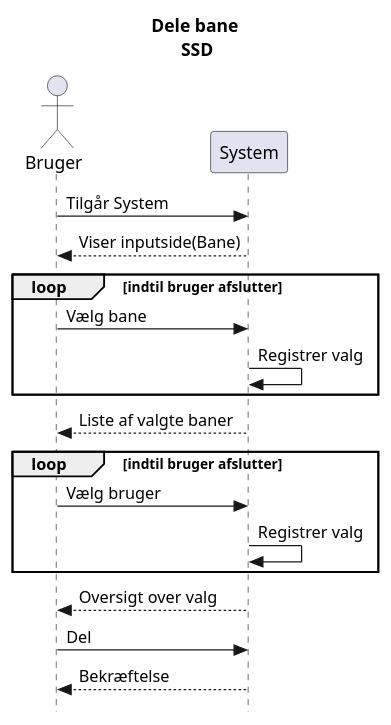
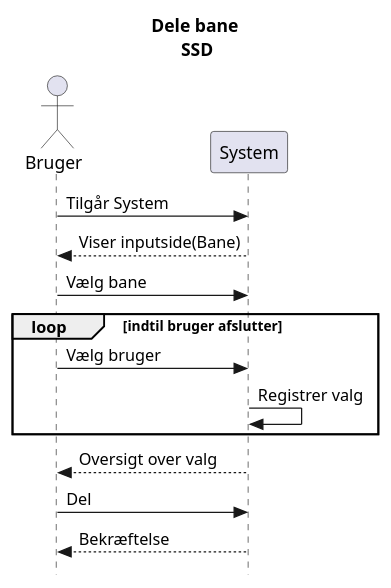
Before and after one commit to Team-1-ucl/Team1_Projekt: the diagram in Dokumentation/Scenarier/Baner/Logical View/SSD/DeleBane.wsd, drawn with PlantUML. The commit also changed 2 other files, not shown here.

```diff
--- a/Dokumentation/Scenarier/Baner/Logical View/SSD/DeleBane.wsd
+++ b/Dokumentation/Scenarier/Baner/Logical View/SSD/DeleBane.wsd
@@ -1,20 +1,16 @@
-@startuml Dele Bane
+@startuml Dele Bane (Brief)
 title Dele bane\n SSD
 skinparam style strictuml
 actor Bruger
 Bruger -> System: Tilgår System
 System --> Bruger: Viser inputside(Bane)
-loop indtil bruger afslutter
 Bruger ->System: Vælg bane
-System->System:Registrer valg
-end
-System-->Bruger:Liste af valgte baner
 loop indtil bruger afslutter 
 Bruger -> System: Vælg bruger
 System->System:Registrer valg
 end
 System-->Bruger:Oversigt over valg
 Bruger -> System:Del
 System --> Bruger: Bekræftelse
 
 @enduml
```
